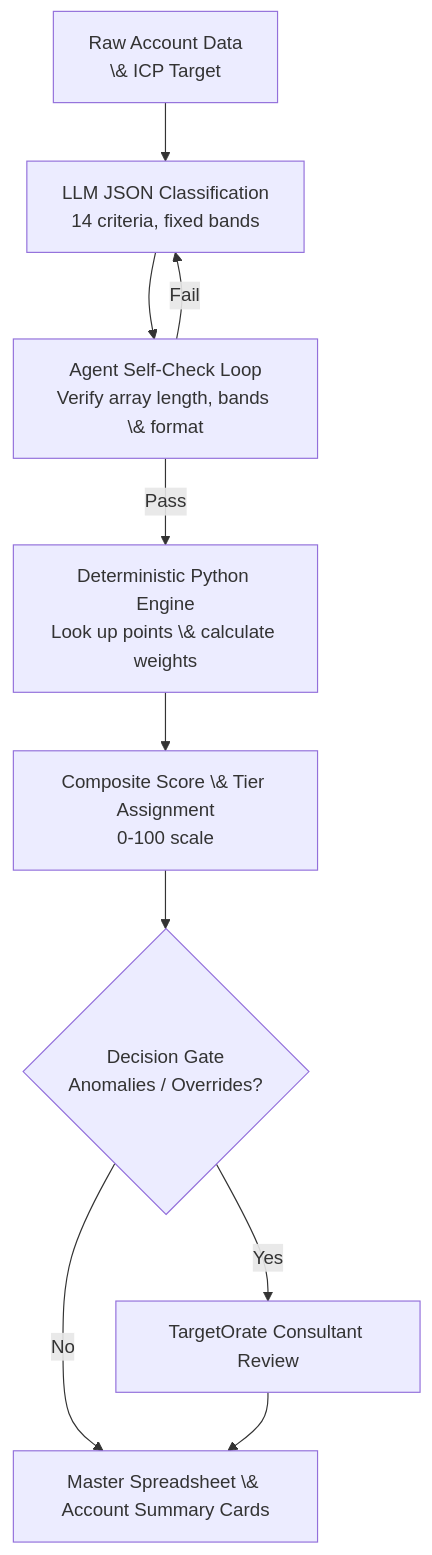
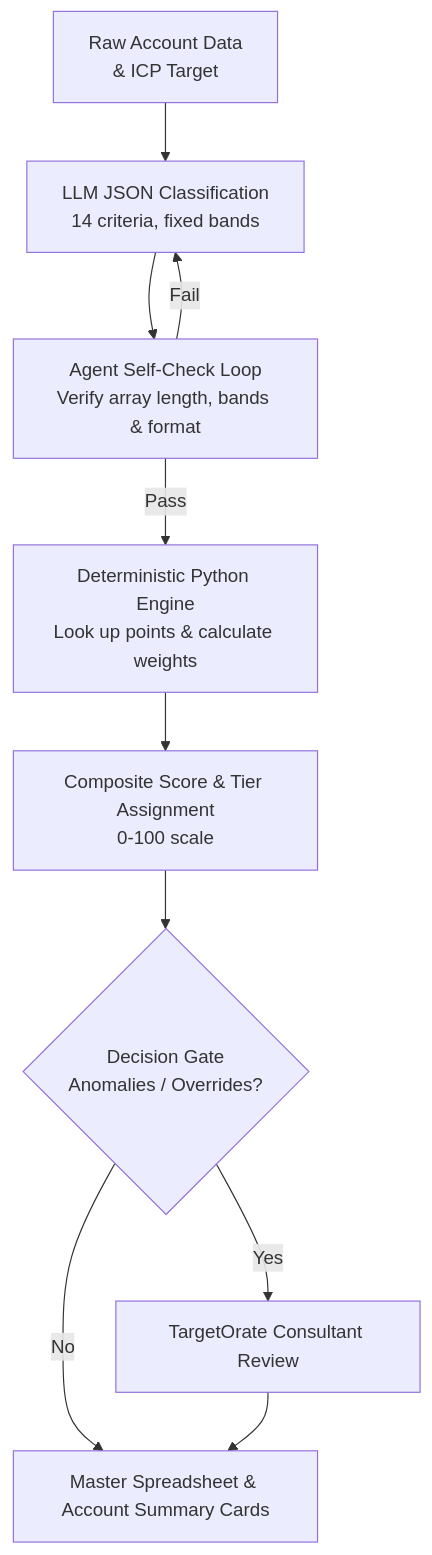
The diagram in docs/FIOR_Account_Scoring_Workflow_MVP.md (hinejj11-ops/Team-Gamma-TargetPath-ABM), drawn with Mermaid before and after one commit. The commit also changed other lines of this file, not shown here.

````diff
--- a/docs/FIOR_Account_Scoring_Workflow_MVP.md
+++ b/docs/FIOR_Account_Scoring_Workflow_MVP.md
@@ -20,12 +22,12 @@
 ```mermaid
 flowchart TD
-    A[Raw Account Data<br/>\& ICP Target] --> B[LLM JSON Classification<br/>14 criteria, fixed bands]
-    B --> C[Agent Self-Check Loop<br/>Verify array length, bands \& format]
-    C -->|Pass| D[Deterministic Python Engine<br/>Look up points \& calculate weights]
+    A[Raw Account Data<br/>& ICP Target] --> B[LLM JSON Classification<br/>14 criteria, fixed bands]
+    B --> C[Agent Self-Check Loop<br/>Verify array length, bands & format]
+    C -->|Pass| D[Deterministic Python Engine<br/>Look up points & calculate weights]
     C -->|Fail| B
-    D --> E[Composite Score \& Tier Assignment<br/>0-100 scale]
+    D --> E[Composite Score & Tier Assignment<br/>0-100 scale]
     E --> F{Decision Gate<br/>Anomalies / Overrides?}
     F -->|Yes| G[TargetOrate Consultant Review]
-    F -->|No| H[Master Spreadsheet \& Account Summary Cards]
+    F -->|No| H[Master Spreadsheet & Account Summary Cards]
     G --> H
 ```
````
